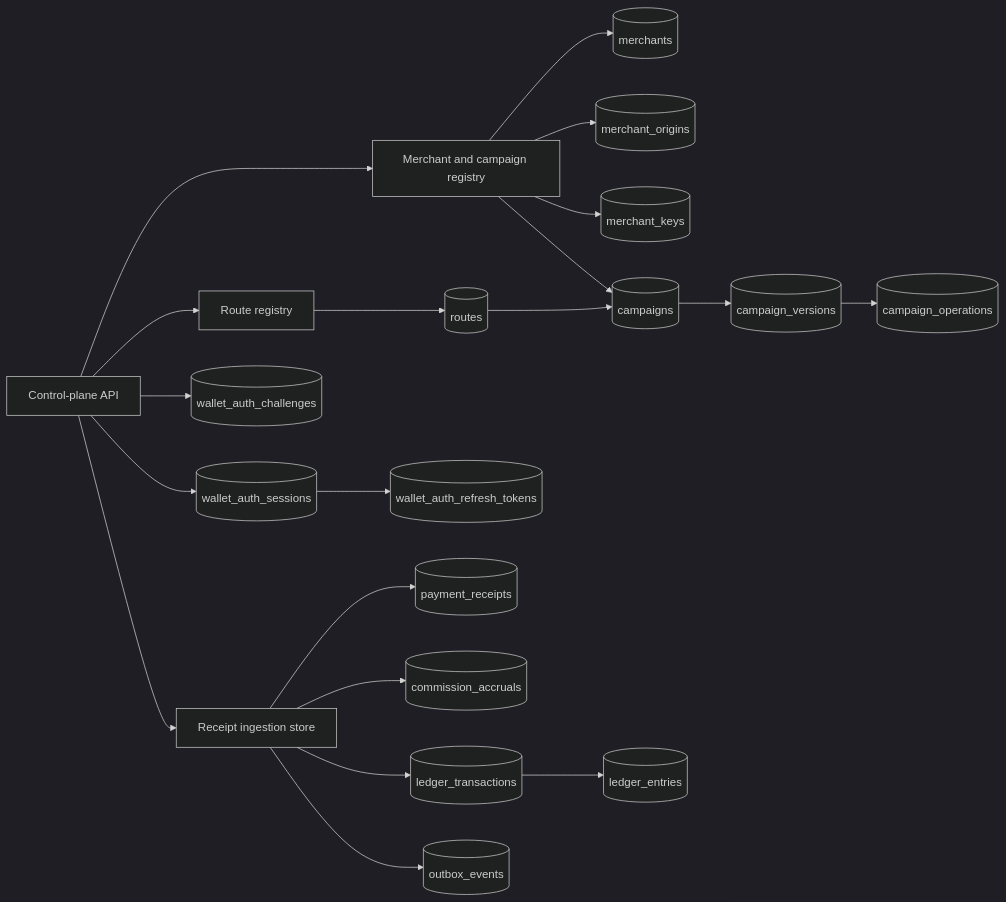
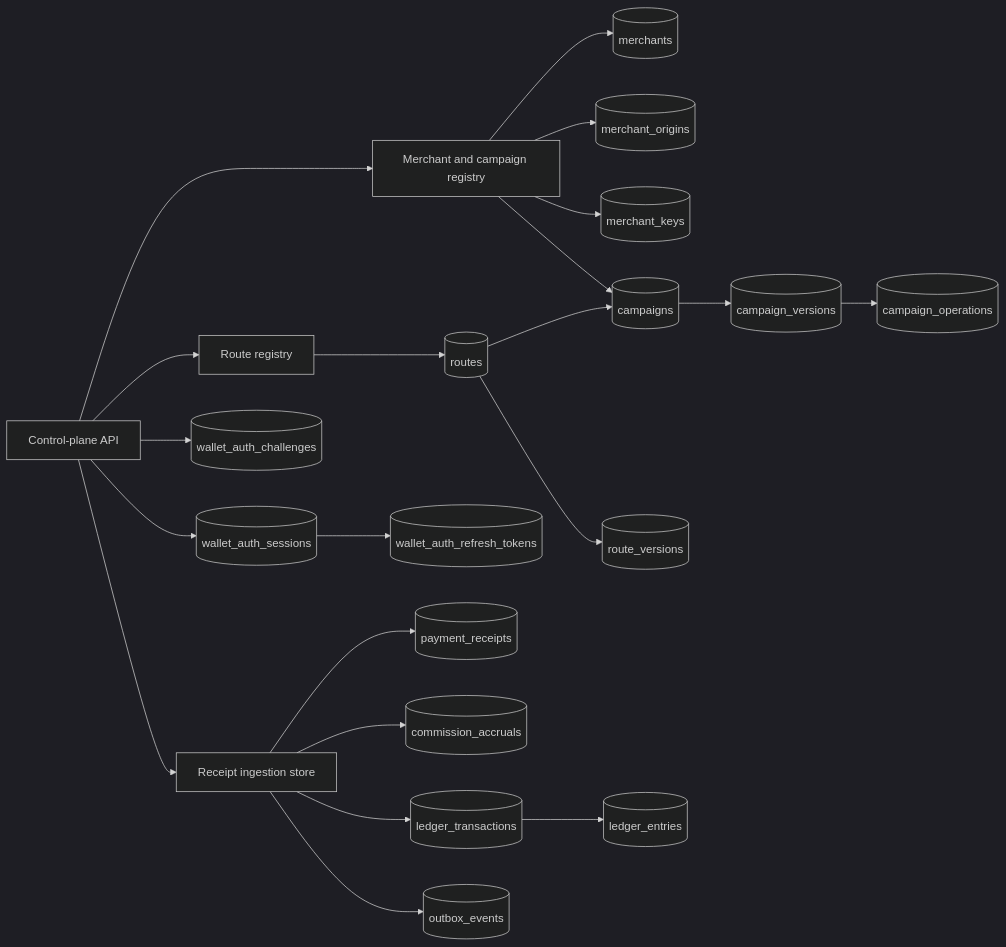
One commit to split402protocol/splitx402 changed the eighth of 8 diagrams in README.md. Above: the diagram before and after it, drawn with Mermaid (dark theme). The commit also changed other lines of this file and 12 other files, not shown here.

````diff
--- a/README.md
+++ b/README.md
@@ -281,42 +284,44 @@
 ```mermaid
 flowchart LR
   API["Control-plane API"]
   Registry["Merchant and campaign registry"]
   RouteRegistry["Route registry"]
   Ingestion["Receipt ingestion store"]
   Merchants[("merchants")]
   Origins[("merchant_origins")]
   Keys[("merchant_keys")]
   CampaignRows[("campaigns")]
   CampaignVersions[("campaign_versions")]
   CampaignOps[("campaign_operations")]
   Routes[("routes")]
+  RouteVersions[("route_versions")]
   Challenges[("wallet_auth_challenges")]
   Sessions[("wallet_auth_sessions")]
   RefreshTokens[("wallet_auth_refresh_tokens")]
   Receipts[("payment_receipts")]
   Accruals[("commission_accruals")]
   LedgerTx[("ledger_transactions")]
   LedgerEntries[("ledger_entries")]
   Outbox[("outbox_events")]
 
   API --> Registry
   API --> RouteRegistry
   API --> Ingestion
   Registry --> Merchants
   Registry --> Origins
   Registry --> Keys
   Registry --> CampaignRows
   CampaignRows --> CampaignVersions
   CampaignVersions --> CampaignOps
   RouteRegistry --> Routes
+  Routes --> RouteVersions
   Routes --> CampaignRows
   API --> Challenges
   API --> Sessions
   Sessions --> RefreshTokens
   Ingestion --> Receipts
   Ingestion --> Accruals
   Ingestion --> LedgerTx
   LedgerTx --> LedgerEntries
   Ingestion --> Outbox
 ```
````
